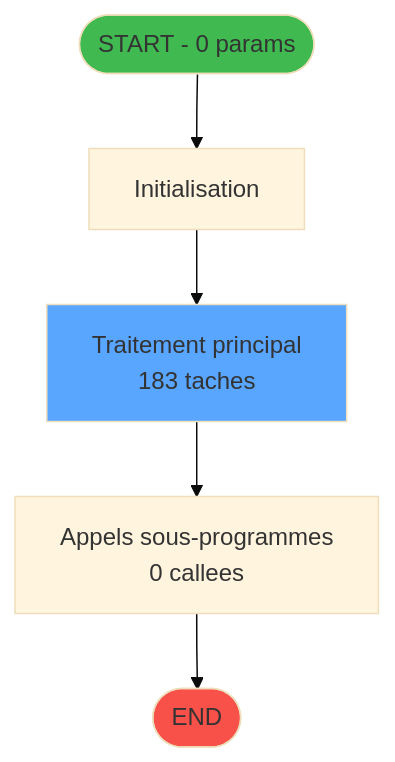
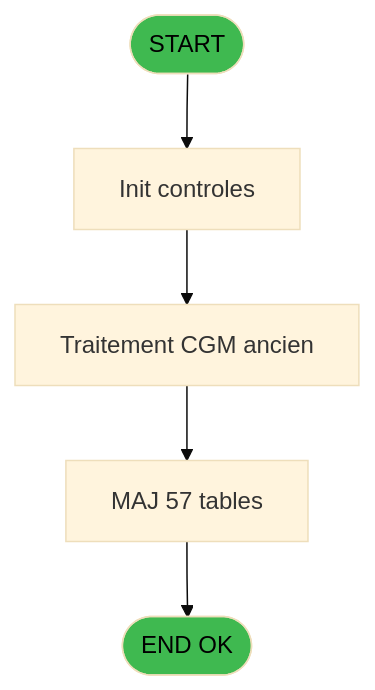
Before and after one commit to thonyAGP/magic-migration: the second of 4 diagrams in .openspec/specs/ADH-IDE-27.md, drawn with Mermaid (base theme). The commit also changed other lines of this file and 253 other files, not shown here.

````diff
--- a/.openspec/specs/ADH-IDE-27.md
+++ b/.openspec/specs/ADH-IDE-27.md
@@ -141,14 +3181,14 @@
 ```mermaid
 flowchart TD
-    START([START - 0 params])
-    INIT["Initialisation"]
-    PROCESS["Traitement principal<br/>183 taches"]
-    CALLS["Appels sous-programmes<br/>0 callees"]
-    ENDOK([END])
+    START([START])
+    INIT[Init controles]
+    SAISIE[Traitement CGM ancien]
+    UPDATE[MAJ 57 tables]
+    ENDOK([END OK])
 
-    START --> INIT --> PROCESS --> CALLS --> ENDOK
+    START --> INIT --> SAISIE
+    SAISIE --> UPDATE --> ENDOK
 
-    style START fill:#3fb950
-    style ENDOK fill:#f85149
-    style PROCESS fill:#58a6ff
+    style START fill:#3fb950,color:#000
+    style ENDOK fill:#3fb950,color:#000
 ```
````
